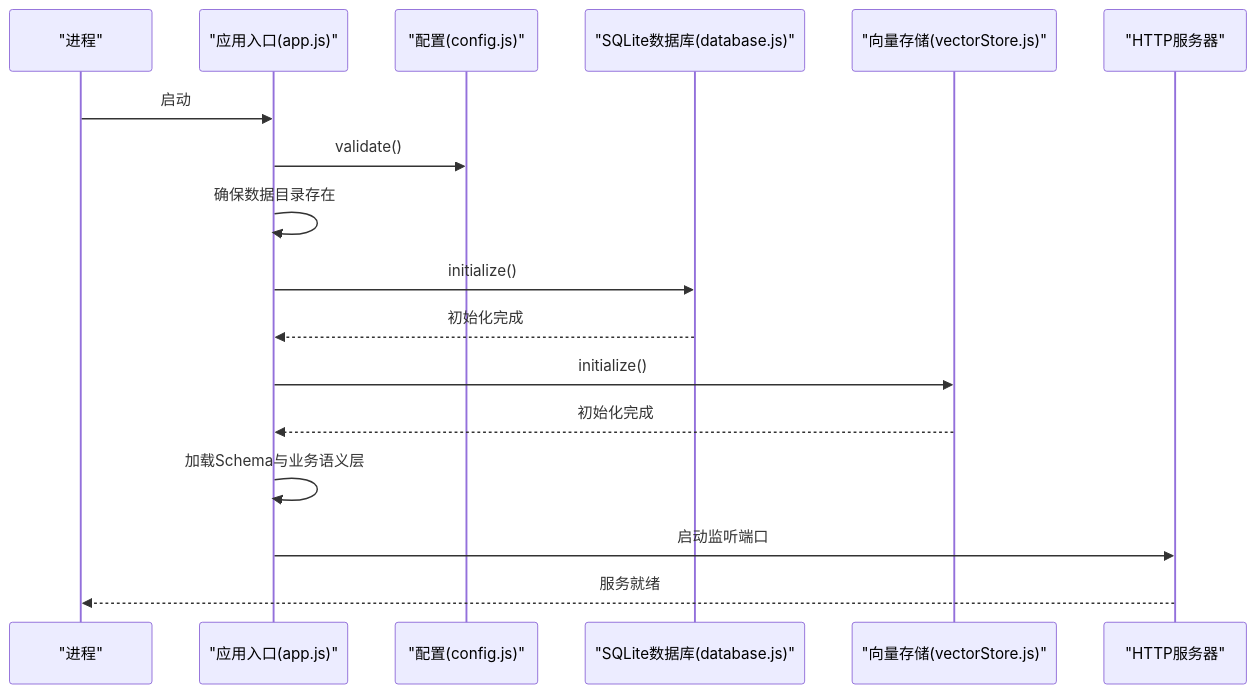
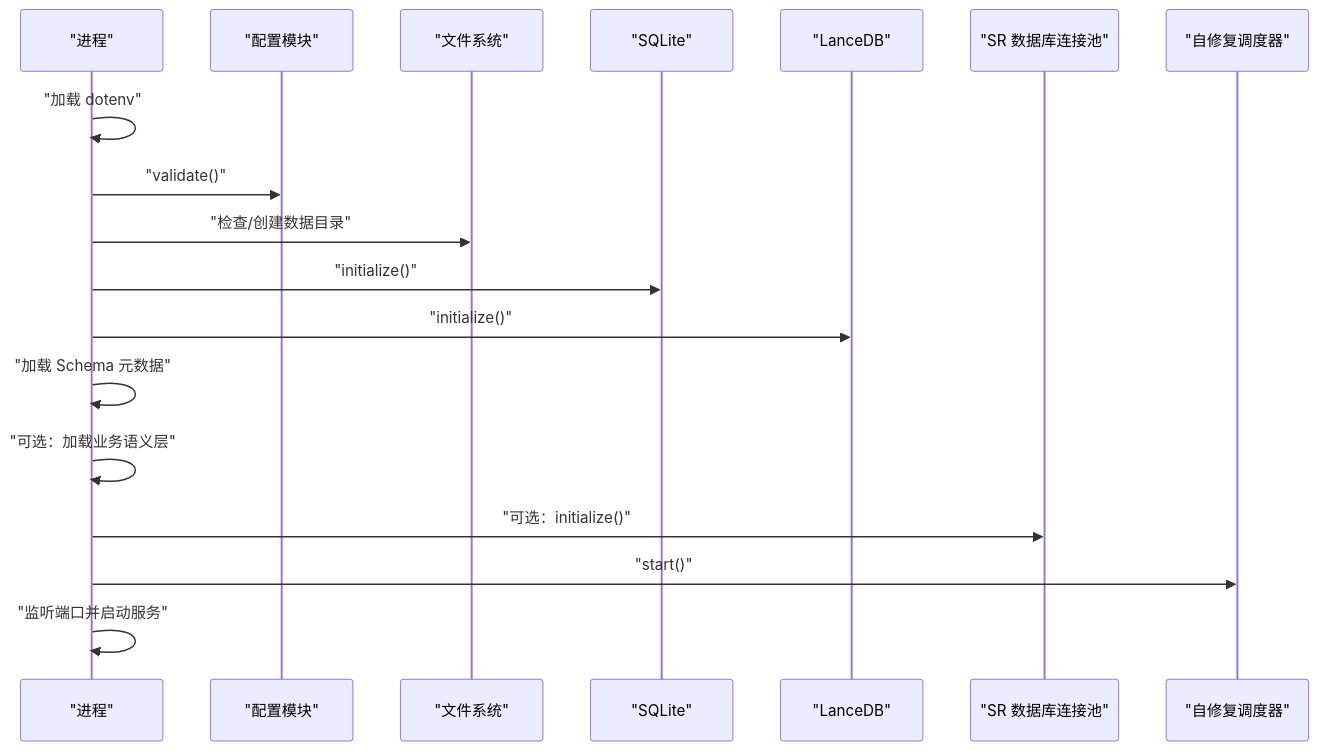
One commit to HanHuiOnLine/724-office changed the third of 5 diagrams in NL2SQL/.qoder/repowiki/zh/content/部署与运维/部署指南.md. Above: the diagram before and after it, drawn with Mermaid. The commit also changed other lines of this file and 203 other files, not shown here.

````diff
--- a/NL2SQL/.qoder/repowiki/zh/content/部署与运维/部署指南.md
+++ b/NL2SQL/.qoder/repowiki/zh/content/部署与运维/部署指南.md
@@ -91,19 +131,20 @@
 ```mermaid
 sequenceDiagram
 participant Proc as "进程"
-participant App as "应用入口(app.js)"
-participant Cfg as "配置(config.js)"
-participant DB as "SQLite数据库(database.js)"
-participant Vec as "向量存储(vectorStore.js)"
-participant Svc as "HTTP服务器"
-Proc->>App : 启动
-App->>Cfg : validate()
-App->>App : 确保数据目录存在
-App->>DB : initialize()
-DB-->>App : 初始化完成
-App->>Vec : initialize()
-Vec-->>App : 初始化完成
-App->>App : 加载Schema与业务语义层
-App->>Svc : 启动监听端口
-Svc-->>Proc : 服务就绪
+participant Cfg as "配置模块"
+participant FS as "文件系统"
+participant DB as "SQLite"
+participant VDB as "LanceDB"
+participant SR as "SR 数据库连接池"
+participant Sched as "自修复调度器"
+Proc->>Proc : "加载 dotenv"
+Proc->>Cfg : "validate()"
+Proc->>FS : "检查/创建数据目录"
+Proc->>DB : "initialize()"
+Proc->>VDB : "initialize()"
+Proc->>Proc : "加载 Schema 元数据"
+Proc->>Proc : "可选：加载业务语义层"
+Proc->>SR : "可选：initialize()"
+Proc->>Sched : "start()"
+Proc->>Proc : "监听端口并启动服务"
 ```
````
